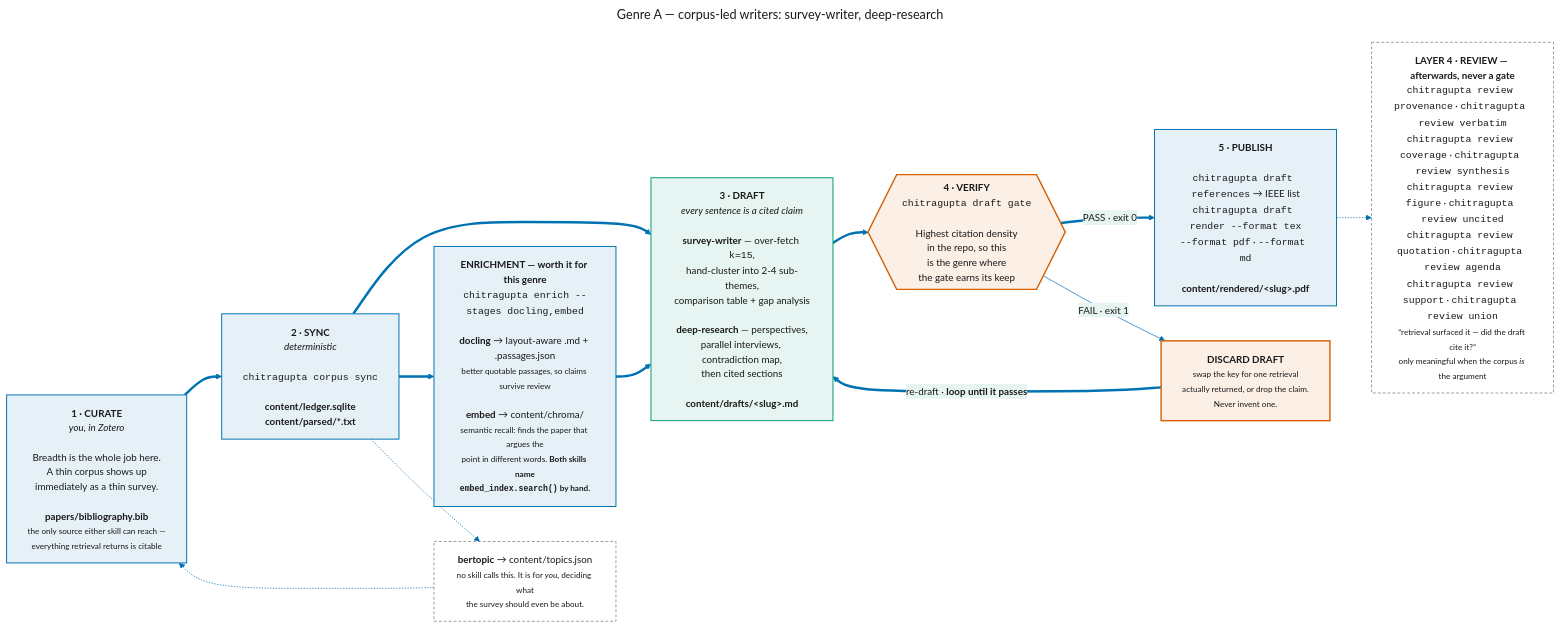
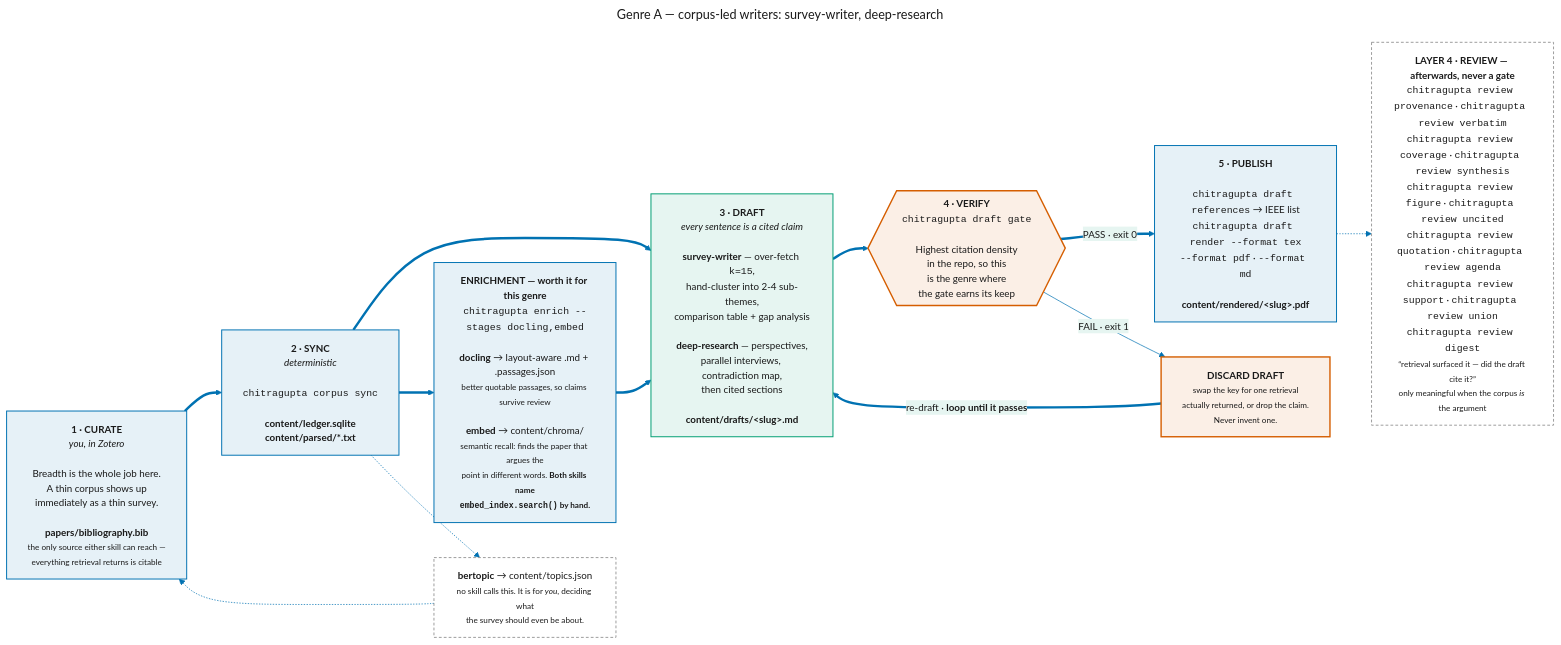
Before and after one commit to prasadtalasila/chitragupta: the diagram in docs/diagrams/g1-corpus-led.mmd, drawn with Mermaid. The commit also changed 83 other files, not shown here.

```diff
--- a/docs/diagrams/g1-corpus-led.mmd
+++ b/docs/diagrams/g1-corpus-led.mmd
@@ -1,59 +1,59 @@
 ---
 title: "Genre A — corpus-led writers: survey-writer, deep-research"
 ---
 %%{init: {
   "theme": "base",
   "themeVariables": {
     "fontSize": "14px",
     "primaryColor": "#E6F1F7",
     "primaryBorderColor": "#0072B2",
     "primaryTextColor": "#1A1A1A",
     "lineColor": "#0072B2",
     "secondaryColor": "#E6F5F1",
     "secondaryBorderColor": "#009E73",
     "tertiaryColor": "#FBEFE6",
     "tertiaryBorderColor": "#D55E00"
   }
 }}%%
 flowchart LR
 
   P0["<b>1 · CURATE</b><br/><i>you, in Zotero</i><br/><br/>Breadth is the whole job here.<br/>A thin corpus shows up<br/>immediately as a thin survey.<br/><br/><b>papers/bibliography.bib</b><br/><small>the only source either skill can reach —<br/>everything retrieval returns is citable</small>"]
 
   P1["<b>2 · SYNC</b><br/><i>deterministic</i><br/><br/><code>chitragupta corpus sync</code><br/><br/><b>content/ledger.sqlite</b><br/><b>content/parsed/*.txt</b>"]
 
   HEAVY["<b>ENRICHMENT — worth it for this genre</b><br/><code>chitragupta enrich --stages docling,embed</code><br/><br/><b>docling</b> → layout-aware .md + .passages.json<br/><small>better quotable passages, so claims survive review</small><br/><br/><b>embed</b> → content/chroma/<br/><small>semantic recall: finds the paper that argues the<br/>point in different words. <b>Both skills name<br/><code>embed_index.search()</code> by hand.</b></small>"]
 
   P2["<b>3 · DRAFT</b><br/><i>every sentence is a cited claim</i><br/><br/><b>survey-writer</b> — over-fetch <code>k=15</code>,<br/>hand-cluster into 2-4 sub-themes,<br/>comparison table + gap analysis<br/><br/><b>deep-research</b> — perspectives,<br/>parallel interviews, contradiction map,<br/>then cited sections<br/><br/><b>content/drafts/&lt;slug&gt;.md</b>"]
 
   P3{{"<b>4 · VERIFY</b><br/><code>chitragupta draft gate</code><br/><br/>Highest citation density<br/>in the repo, so this<br/>is the genre where<br/>the gate earns its keep"}}
 
   FIX["<b>DISCARD DRAFT</b><br/><small>swap the key for one retrieval<br/>actually returned, or drop the claim.<br/>Never invent one.</small>"]
 
   P4["<b>5 · PUBLISH</b><br/><br/><code>chitragupta draft references</code> → IEEE list<br/><code>chitragupta draft render --format tex</code><br/><code>--format pdf</code> · <code>--format md</code><br/><br/><b>content/rendered/&lt;slug&gt;.pdf</b>"]
 
-  AID["<b>LAYER 4 · REVIEW — afterwards, never a gate</b><br/><code>chitragupta review provenance</code> · <code>chitragupta review verbatim</code><br/><code>chitragupta review coverage</code> · <code>chitragupta review synthesis</code><br/><code>chitragupta review figure</code> · <code>chitragupta review uncited</code><br/><code>chitragupta review quotation</code> · <code>chitragupta review agenda</code><br/><code>chitragupta review support</code> · <code>chitragupta review union</code><br/><small>“retrieval surfaced it — did the draft cite it?”<br/>only meaningful when the corpus <i>is</i> the argument</small>"]
+  AID["<b>LAYER 4 · REVIEW — afterwards, never a gate</b><br/><code>chitragupta review provenance</code> · <code>chitragupta review verbatim</code><br/><code>chitragupta review coverage</code> · <code>chitragupta review synthesis</code><br/><code>chitragupta review figure</code> · <code>chitragupta review uncited</code><br/><code>chitragupta review quotation</code> · <code>chitragupta review agenda</code><br/><code>chitragupta review support</code> · <code>chitragupta review union</code><br/><code>chitragupta review digest</code><br/><small>“retrieval surfaced it — did the draft cite it?”<br/>only meaningful when the corpus <i>is</i> the argument</small>"]
 
   BERT["<b>bertopic</b> → content/topics.json<br/><small>no skill calls this. It is for <i>you</i>, deciding what<br/>the survey should even be about.</small>"]
 
   P0 ==> P1 ==> P2 ==> P3
   P1 ==> HEAVY ==> P2
   P3 == "PASS · exit 0" ==> P4
   P3 -- "FAIL · exit 1" --> FIX
   FIX == "re-draft · <b>loop until it passes</b>" ==> P2
   P4 -.-> AID
   P1 -.-> BERT -.-> P0
 
   class P0 flow
   class P1 flow
   class P2 alt
   class P3 key
   class P4 flow
   class FIX key
   class HEAVY flow
   class AID,BERT absent
 
   %% house roles: generated by scripts/render_diagrams.py --sync
   classDef flow fill:#E6F1F7,stroke:#0072B2,stroke-width:1.4px,color:#1A1A1A
   classDef alt fill:#E6F5F1,stroke:#009E73,stroke-width:1.4px,color:#1A1A1A
   classDef key fill:#FBEFE6,stroke:#D55E00,stroke-width:2px,color:#1A1A1A
   classDef absent fill:#FFFFFF,stroke:#8C8C8C,stroke-width:1.2px,stroke-dasharray:4 3,color:#1A1A1A
```
